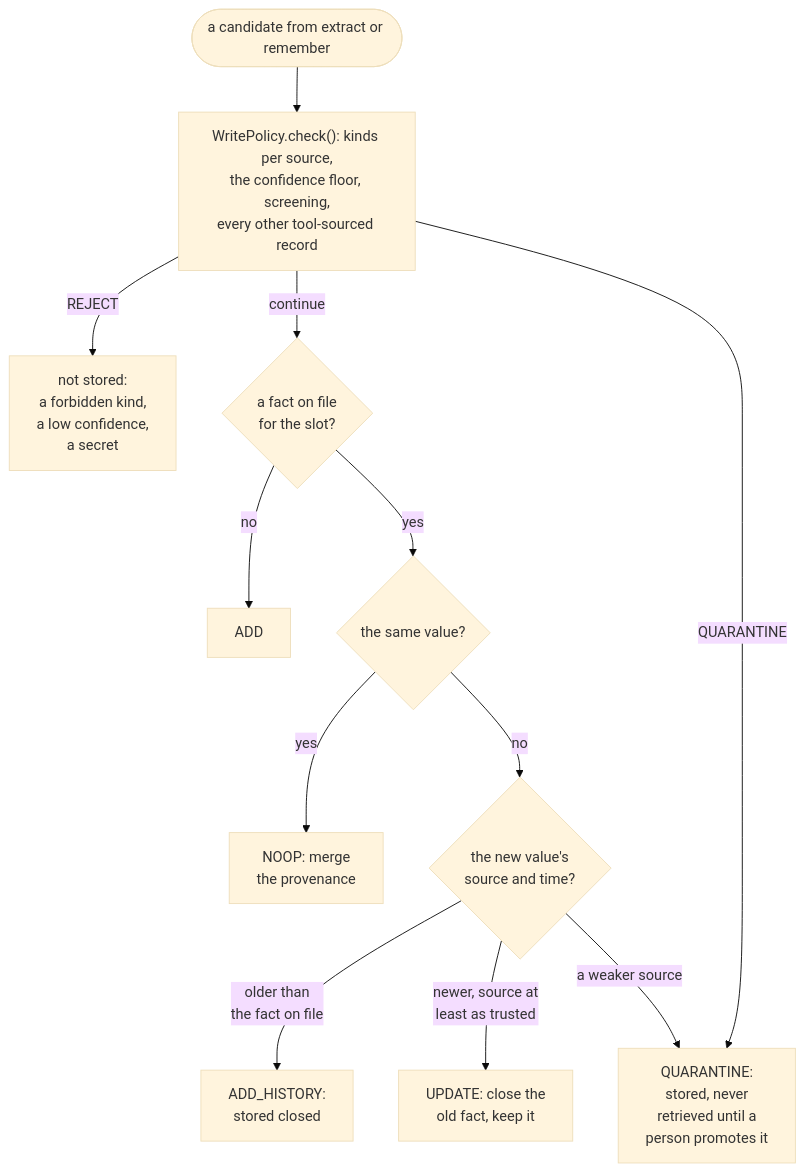
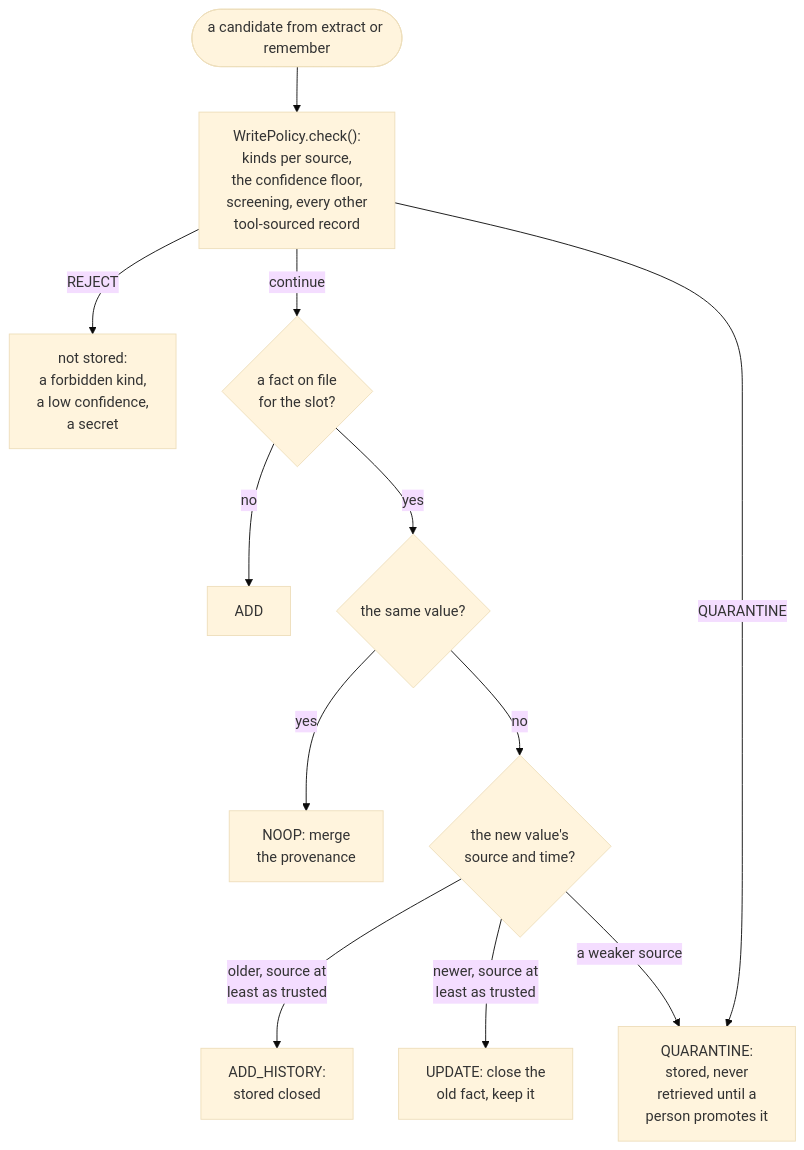
The first of 4 diagrams in 07-application-agent-framework/agent-memory/PRIMER.md (aniryou/full-stack-agentic-engineer), drawn with Mermaid (base theme) before and after one commit. The commit also changed other lines of this file and 29 other files, not shown here.

````diff
--- a/07-application-agent-framework/agent-memory/PRIMER.md
+++ b/07-application-agent-framework/agent-memory/PRIMER.md
@@ -119,14 +119,14 @@
 ```mermaid
 flowchart TB
-    IN([a candidate from extract or remember]) --> PO["WritePolicy.check(): kinds per source,<br/>the confidence floor, screening,<br/>every other tool-sourced record"]
+    IN([a candidate from extract or remember]) --> PO["WritePolicy.check():<br/>kinds per source,<br/>the confidence floor,<br/>screening, every other<br/>tool-sourced record"]
     PO -->|"REJECT"| REJ["not stored:<br/>a forbidden kind,<br/>a low confidence,<br/>a secret"]
     PO -->|"continue"| M1{"a fact on file<br/>for the slot?"}
     PO -->|"QUARANTINE"| QUA["QUARANTINE:<br/>stored, never<br/>retrieved until a<br/>person promotes it"]
     M1 -->|"no"| ADD["ADD"]
     M1 -->|"yes"| M2{"the same value?"}
     M2 -->|"yes"| NOOP["NOOP: merge<br/>the provenance"]
     M2 -->|"no"| M3{"the new value's<br/>source and time?"}
-    M3 -->|"older than<br/>the fact on file"| HIS["ADD_HISTORY:<br/>stored closed"]
+    M3 -->|"older, source at<br/>least as trusted"| HIS["ADD_HISTORY:<br/>stored closed"]
     M3 -->|"newer, source at<br/>least as trusted"| UPD["UPDATE: close the<br/>old fact, keep it"]
     M3 -->|"a weaker source"| QUA
 ```
````
